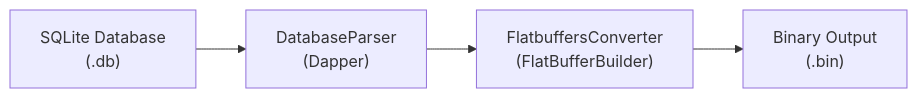
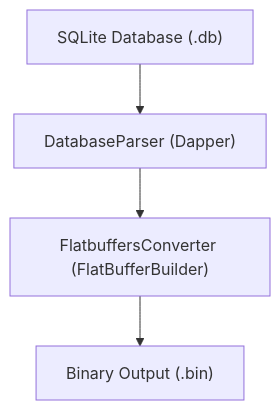
The first of 2 diagrams in README.md (SBUplakankus/sqlite-to-flatbuffers-converter), drawn with Mermaid before and after one commit. The commit also changed other lines of this file, not shown here.

````diff
--- a/README.md
+++ b/README.md
@@ -35,6 +36,6 @@
 ```mermaid
-flowchart LR
-    A["SQLite Database<br/>(.db)"] --> B["DatabaseParser<br/>(Dapper)"]
-    B --> C["FlatbuffersConverter<br/>(FlatBufferBuilder)"]
-    C --> D["Binary Output<br/>(.bin)"]
+flowchart TB
+    A["SQLite Database (.db)"] --> B["DatabaseParser (Dapper)"]
+    B --> C["FlatbuffersConverter (FlatBufferBuilder)"]
+    C --> D["Binary Output (.bin)"]
 ```
````
